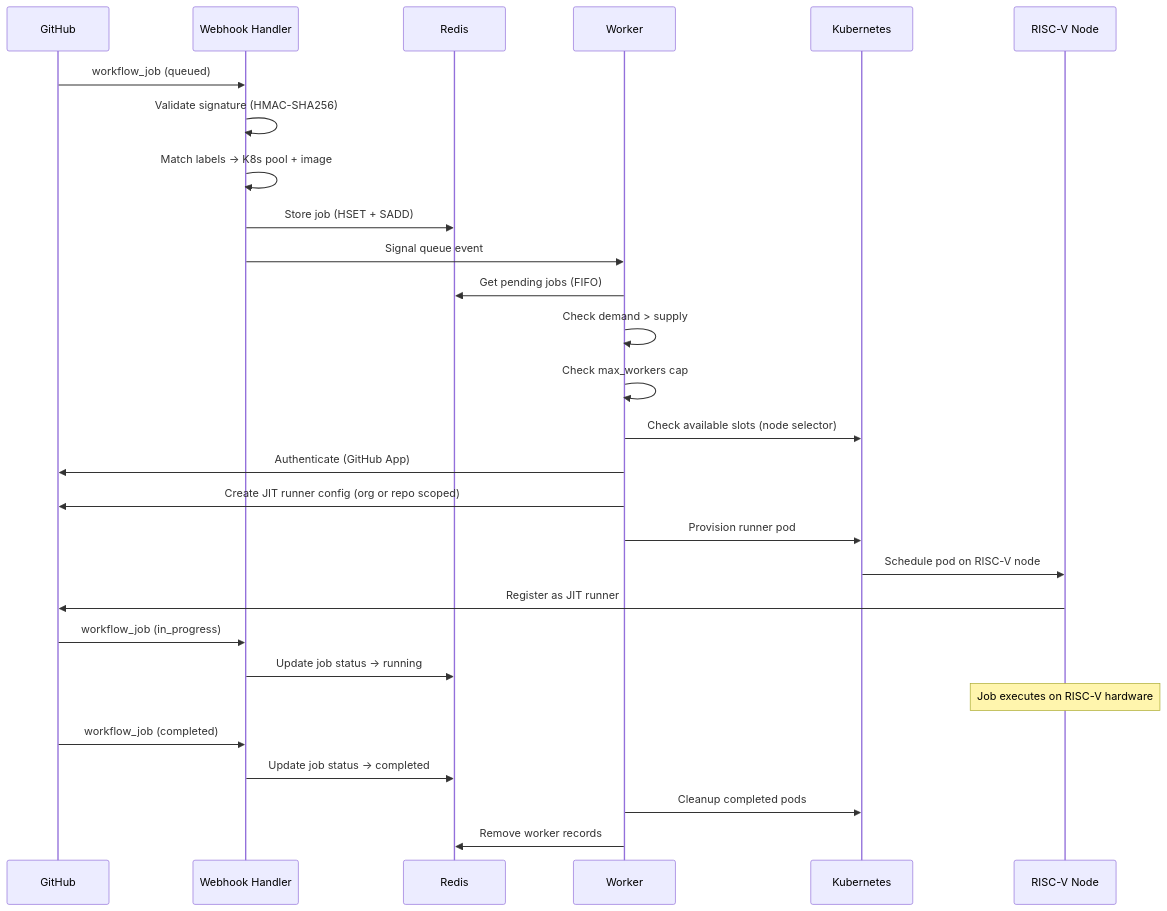
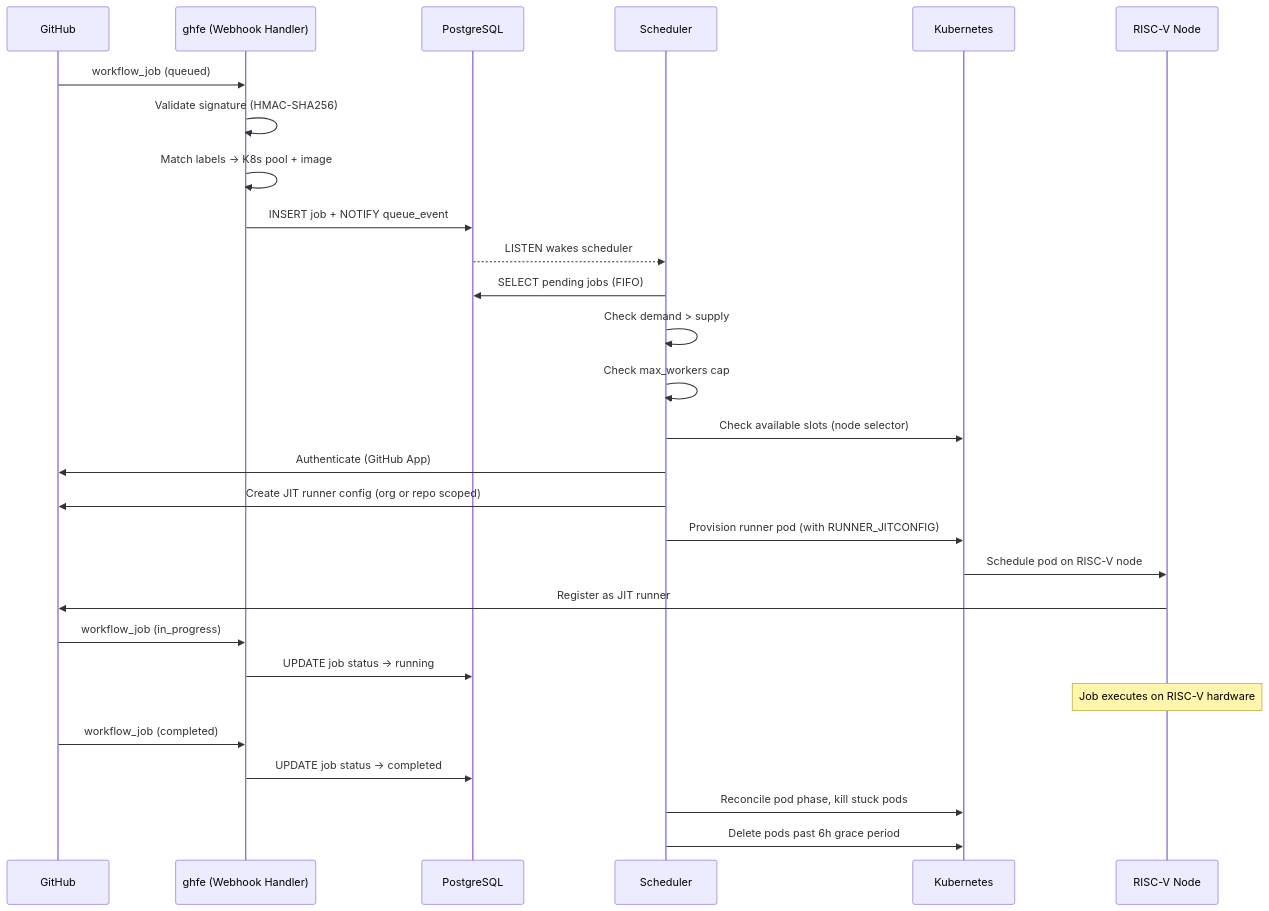
The diagram in docs/architecture/index.md (riseproject-dev/riscv-runner), drawn with Mermaid before and after one commit. The commit also changed other lines of this file and 9 other files, not shown here.

````diff
--- a/docs/architecture/index.md
+++ b/docs/architecture/index.md
@@ -22,36 +22,36 @@
 ```mermaid
 sequenceDiagram
     participant GH as GitHub
-    participant H as Webhook Handler
-    participant R as Redis
-    participant W as Worker
+    participant H as ghfe (Webhook Handler)
+    participant DB as PostgreSQL
+    participant S as Scheduler
     participant K as Kubernetes
     participant N as RISC-V Node
 
     GH->>H: workflow_job (queued)
     H->>H: Validate signature (HMAC-SHA256)
     H->>H: Match labels → K8s pool + image
-    H->>R: Store job (HSET + SADD)
-    H->>W: Signal queue event
+    H->>DB: INSERT job + NOTIFY queue_event
+    DB-->>S: LISTEN wakes scheduler
 
-    W->>R: Get pending jobs (FIFO)
-    W->>W: Check demand > supply
-    W->>W: Check max_workers cap
-    W->>K: Check available slots (node selector)
-    W->>GH: Authenticate (GitHub App)
-    W->>GH: Create JIT runner config (org or repo scoped)
-    W->>K: Provision runner pod
+    S->>DB: SELECT pending jobs (FIFO)
+    S->>S: Check demand > supply
+    S->>S: Check max_workers cap
+    S->>K: Check available slots (node selector)
+    S->>GH: Authenticate (GitHub App)
+    S->>GH: Create JIT runner config (org or repo scoped)
+    S->>K: Provision runner pod (with RUNNER_JITCONFIG)
     K->>N: Schedule pod on RISC-V node
     N->>GH: Register as JIT runner
 
     GH->>H: workflow_job (in_progress)
-    H->>R: Update job status → running
+    H->>DB: UPDATE job status → running
 
     Note over N: Job executes on RISC-V hardware
 
     GH->>H: workflow_job (completed)
-    H->>R: Update job status → completed
+    H->>DB: UPDATE job status → completed
 
-    W->>K: Cleanup completed pods
-    W->>R: Remove worker records
+    S->>K: Reconcile pod phase, kill stuck pods
+    S->>K: Delete pods past 6h grace period
 ```
````
